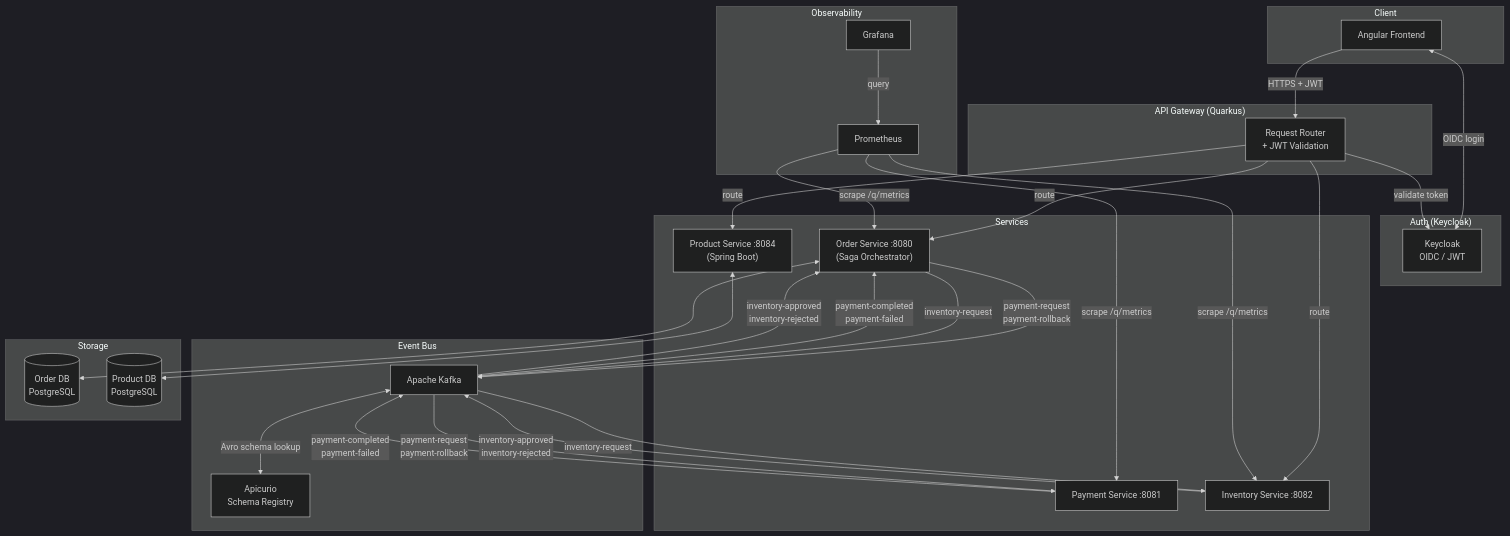
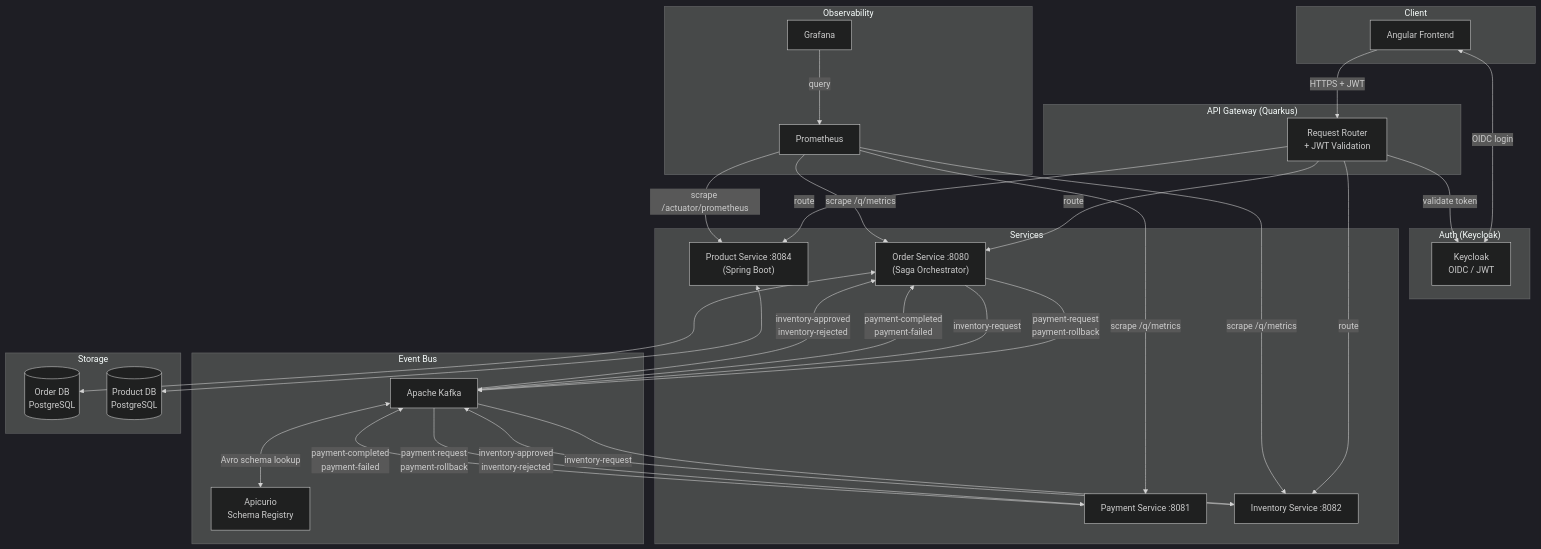
One commit to panryba/shopflow changed the first of 2 diagrams in README.md. Above: the diagram before and after it, drawn with Mermaid (dark theme). The commit also changed other lines of this file, not shown here.

````diff
--- a/README.md
+++ b/README.md
@@ -71,63 +71,64 @@
 ```mermaid
 graph TB
     subgraph Client
         UI[Angular Frontend]
     end
 
     subgraph Auth["Auth (Keycloak)"]
         KC[Keycloak<br/>OIDC / JWT]
     end
 
     subgraph Gateway["API Gateway (Quarkus)"]
         GW[Request Router<br/>+ JWT Validation]
     end
 
     subgraph Services
         OS["Order Service :8080<br/>(Saga Orchestrator)"]
         PS[Payment Service :8081]
         IS[Inventory Service :8082]
         PRODS["Product Service :8084<br/>(Spring Boot)"]
     end
 
     subgraph Messaging["Event Bus"]
         K[Apache Kafka]
         SR[Apicurio<br/>Schema Registry]
     end
 
     subgraph Storage
         ODB[(Order DB<br/>PostgreSQL)]
         PDB[(Product DB<br/>PostgreSQL)]
     end
 
     subgraph Observability
         PROM[Prometheus]
         GRAF[Grafana]
     end
 
     UI <-->|OIDC login| KC
     UI -->|HTTPS + JWT| GW
     GW -->|validate token| KC
     GW -->|route| OS
     GW -->|route| IS
     GW -->|route| PRODS
 
     OS <--> ODB
     PRODS <--> PDB
     OS -->|payment-request<br/>payment-rollback| K
     OS -->|inventory-request| K
     K -->|payment-completed<br/>payment-failed| OS
     K -->|inventory-approved<br/>inventory-rejected| OS
 
     K -->|payment-request<br/>payment-rollback| PS
     PS -->|payment-completed<br/>payment-failed| K
 
     K -->|inventory-request| IS
     IS -->|inventory-approved<br/>inventory-rejected| K
 
     K <-->|Avro schema lookup| SR
 
     PROM -->|scrape /q/metrics| OS
     PROM -->|scrape /q/metrics| PS
     PROM -->|scrape /q/metrics| IS
+    PROM -->|scrape /actuator/prometheus| PRODS
     GRAF -->|query| PROM
 ```
````
